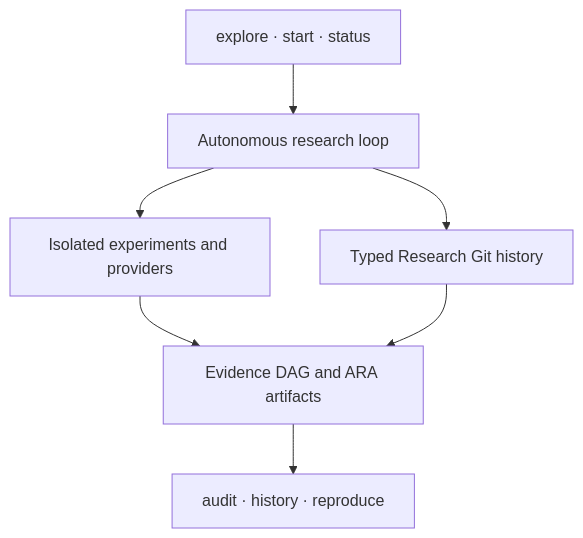
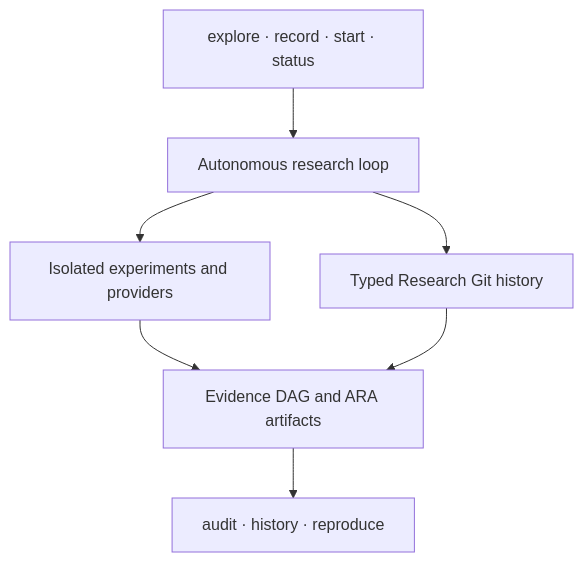
One commit to smileformylove/XScientist changed the diagram in README.md. Above: the diagram before and after it, drawn with Mermaid. The commit also changed other lines of this file and 41 other files, not shown here.

````diff
--- a/README.md
+++ b/README.md
@@ -1349,9 +1391,9 @@
 ```mermaid
 flowchart TB
-  U["explore · start · status"] --> O["Autonomous research loop"]
+  U["explore · record · start · status"] --> O["Autonomous research loop"]
   O --> E["Isolated experiments and providers"]
   O --> R["Typed Research Git history"]
   E --> D["Evidence DAG and ARA artifacts"]
   R --> D
   D --> A["audit · history · reproduce"]
 ```
````
